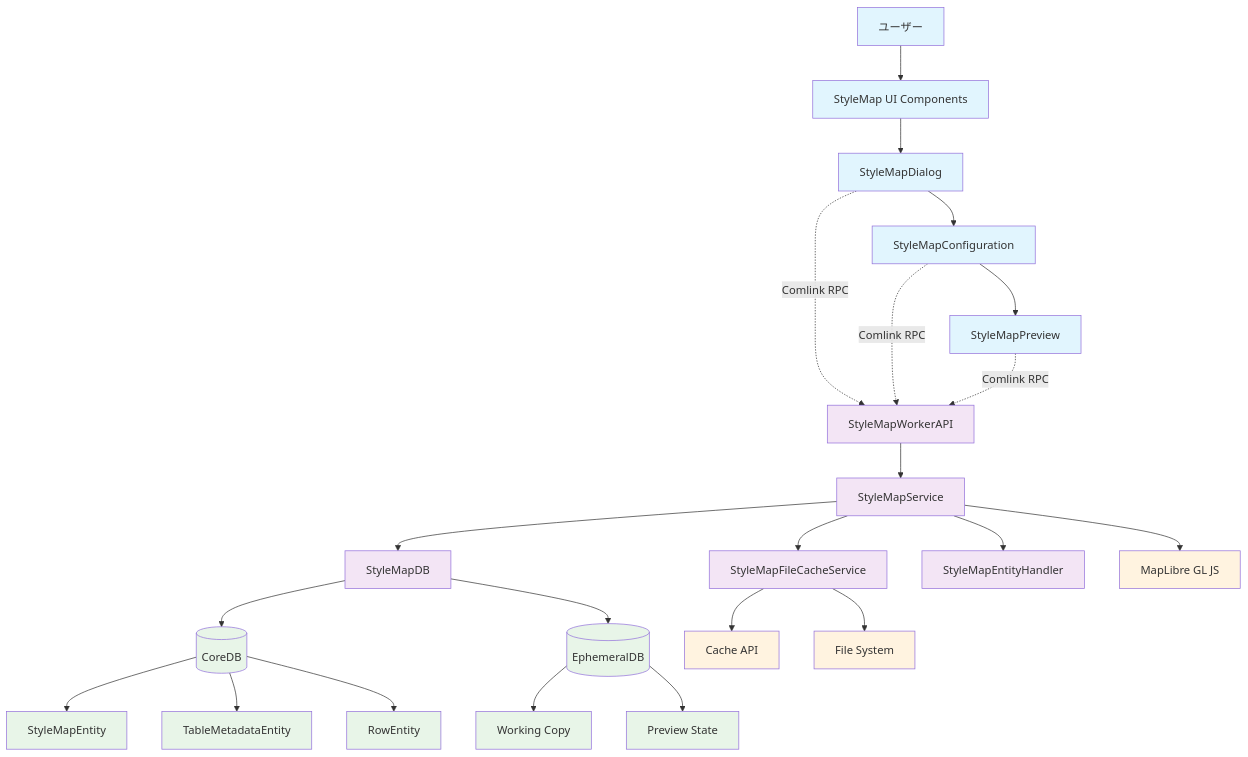
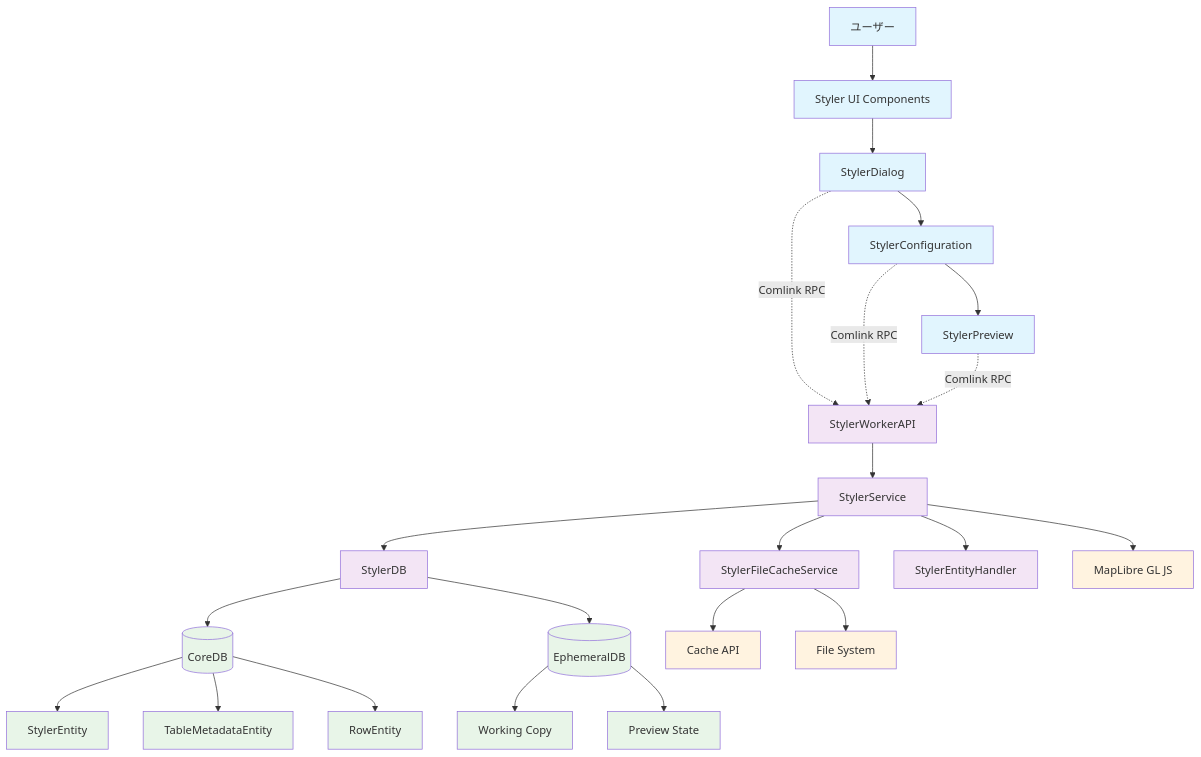
Before and after one commit to kubohiroya/hierarchidb: the first of 10 diagrams in docs/deprecated/REPORT/design/plugin-stylemap/dataflow.md, drawn with Mermaid. The commit also changed other lines of this file and 267 other files, not shown here.

````diff
--- a/docs/deprecated/REPORT/design/plugin-stylemap/dataflow.md
+++ b/docs/deprecated/REPORT/design/plugin-stylemap/dataflow.md
@@ -7,45 +7,45 @@
 ```mermaid
 flowchart TD
     %% UI Layer
-    U[ユーザー] --> SUI[StyleMap UI Components]
-    SUI --> SD[StyleMapDialog]
-    SD --> SC[StyleMapConfiguration]
-    SC --> SP[StyleMapPreview]
+    U[ユーザー] --> SUI[Styler UI Components]
+    SUI --> SD[StylerDialog]
+    SD --> SC[StylerConfiguration]
+    SC --> SP[StylerPreview]
     
     %% Comlink RPC Layer
-    SD -.->|Comlink RPC| WA[StyleMapWorkerAPI]
+    SD -.->|Comlink RPC| WA[StylerWorkerAPI]
     SC -.->|Comlink RPC| WA
     SP -.->|Comlink RPC| WA
     
     %% Worker Layer
-    WA --> SMS[StyleMapService]
-    SMS --> SMDB[StyleMapDB]
-    SMS --> SMFC[StyleMapFileCacheService]
-    SMS --> SME[StyleMapEntityHandler]
+    WA --> SMS[StylerService]
+    SMS --> SMDB[StylerDB]
+    SMS --> SMFC[StylerFileCacheService]
+    SMS --> SME[StylerEntityHandler]
     
     %% Database Layer
     SMDB --> CDB[(CoreDB)]
     SMDB --> EDB[(EphemeralDB)]
     SMFC --> CA[Cache API]
     
     %% External Integration
     SMS --> MGL[MapLibre GL JS]
     SMFC --> FS[File System]
     
     %% Data EntityTypes
-    CDB --> SMEntity[StyleMapEntity]
+    CDB --> SMEntity[StylerEntity]
     CDB --> TMEntity[TableMetadataEntity] 
     CDB --> REntity[RowEntity]
     EDB --> WC[Working Copy]
     EDB --> PS[Preview State]
     
     classDef uiLayer fill:#e1f5fe
     classDef workerLayer fill:#f3e5f5
     classDef dbLayer fill:#e8f5e8
     classDef external fill:#fff3e0
     
     class U,SUI,SD,SC,SP uiLayer
     class WA,SMS,SMDB,SMFC,SME workerLayer
     class CDB,EDB,SMEntity,TMEntity,REntity,WC,PS dbLayer
     class MGL,FS,CA external
 ```
````
